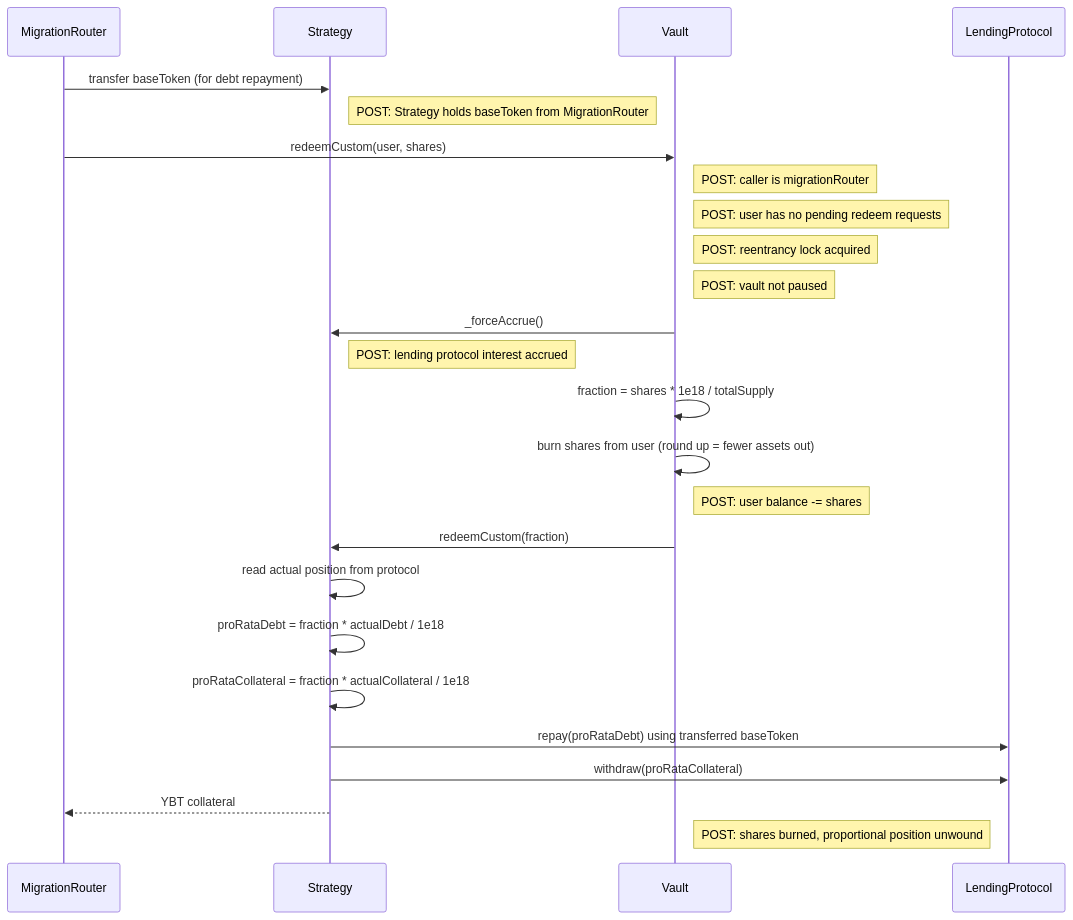
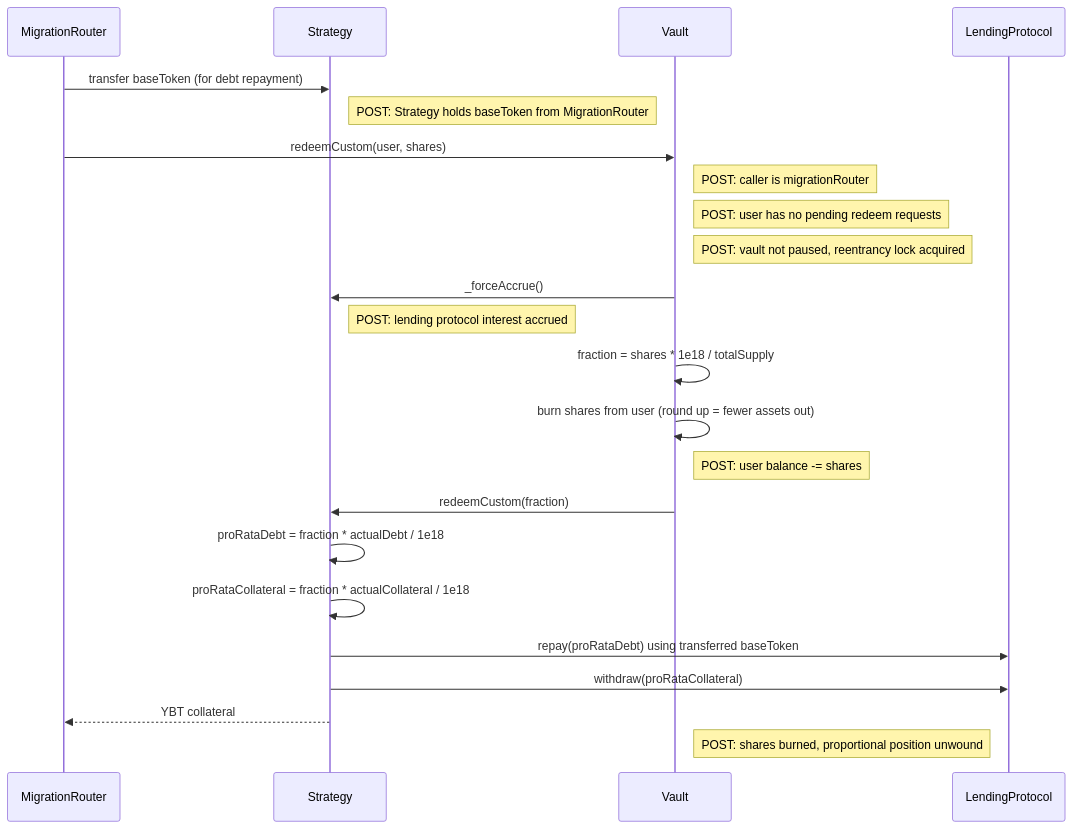
The ninth of 20 diagrams in docs/architecture/call-diagrams.md (evgenynacu/leverage-vaults), drawn with Mermaid before and after one commit. The commit also changed other lines of this file and 25 other files, not shown here.

````diff
--- a/docs/architecture/call-diagrams.md
+++ b/docs/architecture/call-diagrams.md
@@ -191,23 +185,21 @@
 ```mermaid
 sequenceDiagram
     MigrationRouter->>Strategy: transfer baseToken (for debt repayment)
     note right of Strategy: POST: Strategy holds baseToken from MigrationRouter
     MigrationRouter->>Vault: redeemCustom(user, shares)
     note right of Vault: POST: caller is migrationRouter
     note right of Vault: POST: user has no pending redeem requests
-    note right of Vault: POST: reentrancy lock acquired
-    note right of Vault: POST: vault not paused
+    note right of Vault: POST: vault not paused, reentrancy lock acquired
     Vault->>Strategy: _forceAccrue()
     note right of Strategy: POST: lending protocol interest accrued
     Vault->>Vault: fraction = shares * 1e18 / totalSupply
     Vault->>Vault: burn shares from user (round up = fewer assets out)
     note right of Vault: POST: user balance -= shares
     Vault->>Strategy: redeemCustom(fraction)
-    Strategy->>Strategy: read actual position from protocol
     Strategy->>Strategy: proRataDebt = fraction * actualDebt / 1e18
     Strategy->>Strategy: proRataCollateral = fraction * actualCollateral / 1e18
     Strategy->>LendingProtocol: repay(proRataDebt) using transferred baseToken
     Strategy->>LendingProtocol: withdraw(proRataCollateral)
     Strategy-->>MigrationRouter: YBT collateral
     note right of Vault: POST: shares burned, proportional position unwound
 ```
````
